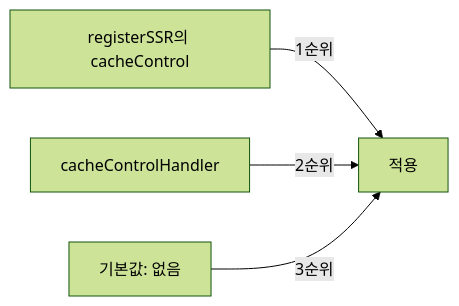
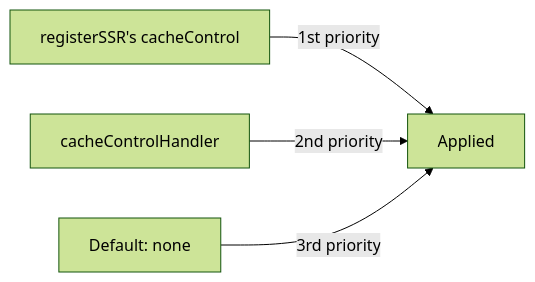
One commit to cartanova-ai/sonamu changed the second of 2 diagrams in modules/docs/en/advanced-features/cache-control/using-in-ssr.mdx. Above: the diagram before and after it, drawn with Mermaid (forest theme). The commit also changed other lines of this file and 86 other files, not shown here.

````diff
--- a/modules/docs/en/advanced-features/cache-control/using-in-ssr.mdx
+++ b/modules/docs/en/advanced-features/cache-control/using-in-ssr.mdx
@@ -375,6 +375,6 @@
 ```mermaid
 graph LR
-    A[registerSSR의 cacheControl] -->|1순위| D[적용]
-    B[cacheControlHandler] -->|2순위| D
-    C[기본값: 없음] -->|3순위| D
+    A[registerSSR's cacheControl] -->|1st priority| D[Applied]
+    B[cacheControlHandler] -->|2nd priority| D
+    C[Default: none] -->|3rd priority| D
 ```
````
